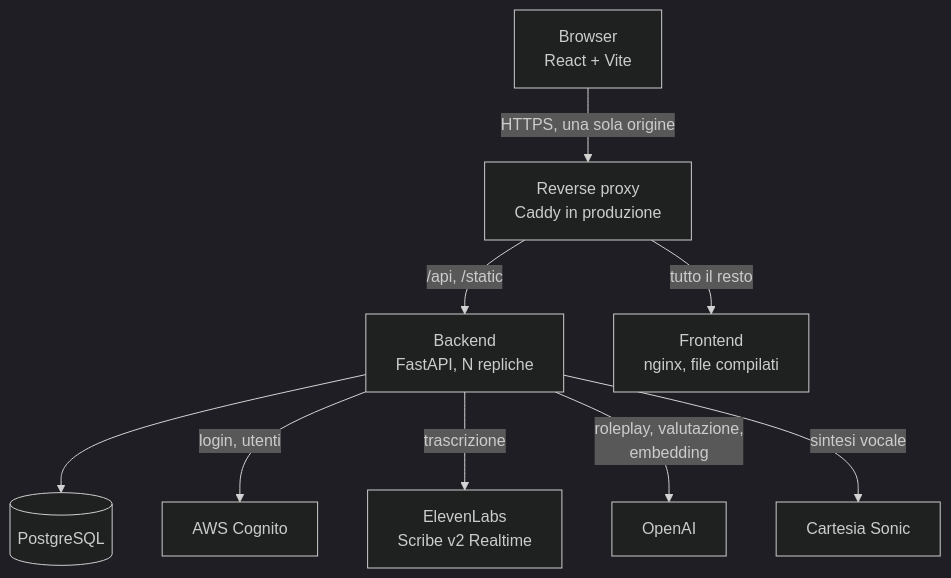
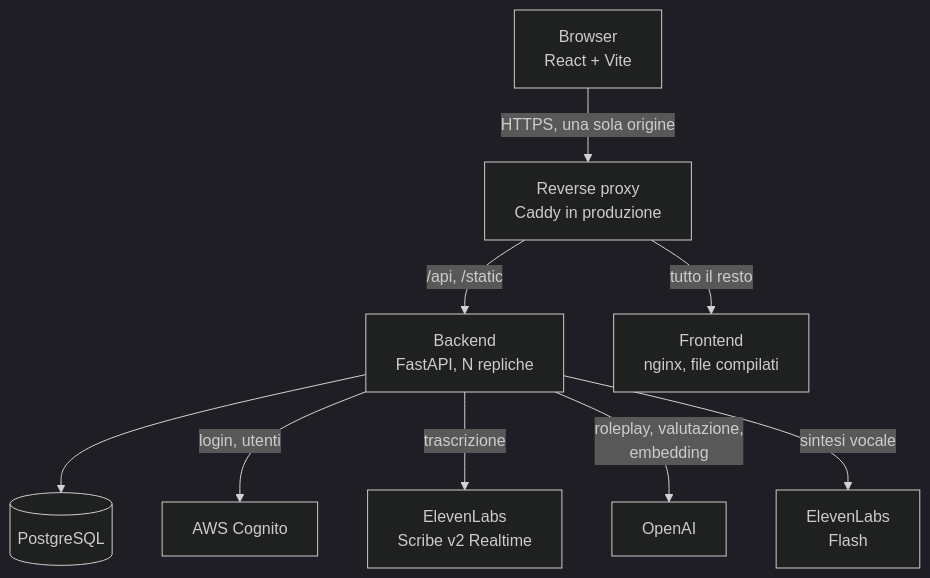
Before and after one commit to DavideZanellato99/SkillLab: the first of 2 diagrams in docs/architettura.md, drawn with Mermaid (dark theme). The commit also changed other lines of this file and 58 other files, not shown here.

Commit message:
cambiamento ui simulatore tecnico e messo eleven labs anche come tts

````diff
--- a/docs/architettura.md
+++ b/docs/architettura.md
@@ -10,11 +10,11 @@
 ```mermaid
 flowchart TD
     B["Browser<br/>React + Vite"] -->|HTTPS, una sola origine| P["Reverse proxy<br/>Caddy in produzione"]
     P -->|"/api, /static"| BE["Backend<br/>FastAPI, N repliche"]
     P -->|"tutto il resto"| FE["Frontend<br/>nginx, file compilati"]
     BE --> DB[("PostgreSQL")]
     BE -->|"login, utenti"| CG["AWS Cognito"]
     BE -->|"trascrizione"| EL["ElevenLabs<br/>Scribe v2 Realtime"]
     BE -->|"roleplay, valutazione,<br/>embedding"| OA["OpenAI"]
-    BE -->|"sintesi vocale"| CA["Cartesia Sonic"]
+    BE -->|"sintesi vocale"| CA["ElevenLabs<br/>Flash"]
 ```
````
